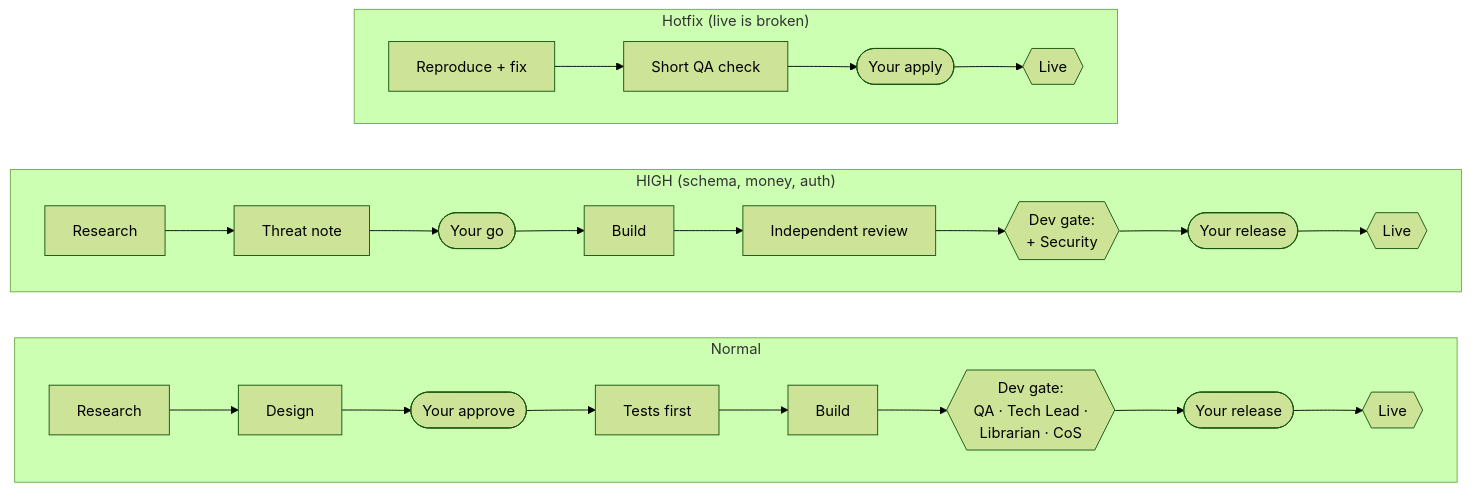
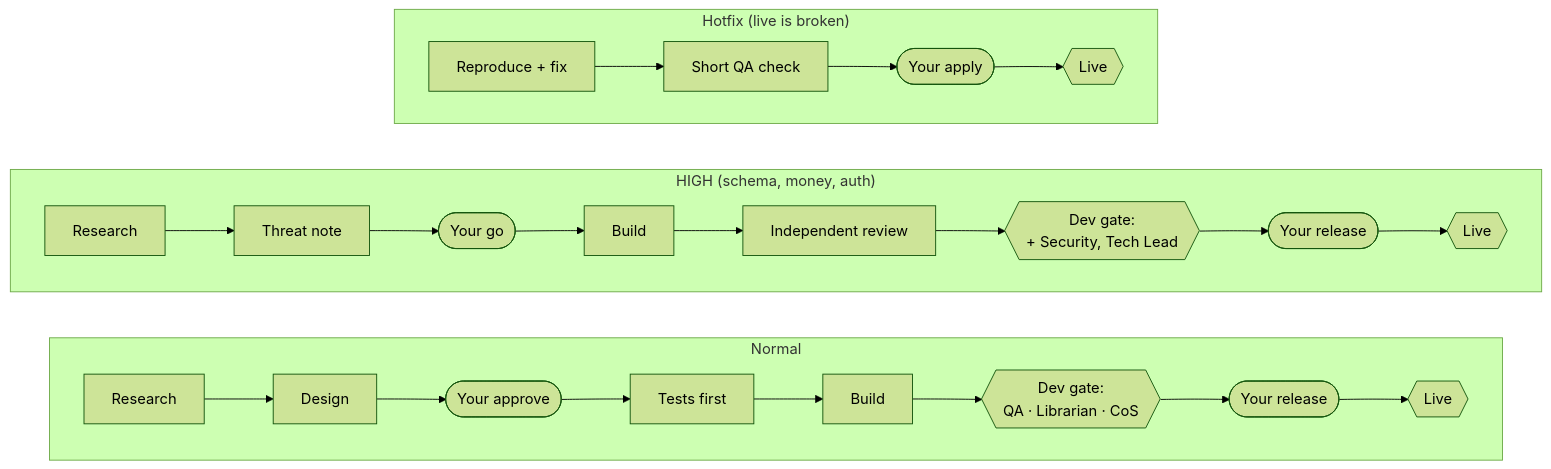
The fifth of 6 diagrams in README.md (AnfalHaider/Bootstrap-environment), drawn with Mermaid (forest theme) before and after one commit. The commit also changed other lines of this file and 38 other files, not shown here.

First line of the commit message:
0.6.0: one contact, optional sessions, your branches, recorded yes for flow and kit changes

````diff
--- a/README.md
+++ b/README.md
@@ -190,15 +197,15 @@
 ```mermaid
 flowchart LR
   subgraph N["Normal"]
     direction LR
-    n1["Research"] --> n2["Design"] --> n3(["Your approve"]) --> n4["Tests first"] --> n5["Build"] --> n6{{"Dev gate:<br/>QA · Tech Lead ·<br/>Librarian · CoS"}} --> n7(["Your release"]) --> n8{{"Live"}}
+    n1["Research"] --> n2["Design"] --> n3(["Your approve"]) --> n4["Tests first"] --> n5["Build"] --> n6{{"Dev gate:<br/>QA · Librarian · CoS"}} --> n7(["Your release"]) --> n8{{"Live"}}
   end
   subgraph H["HIGH (schema, money, auth)"]
     direction LR
-    h1["Research"] --> h2["Threat note"] --> h3(["Your go"]) --> h4["Build"] --> h5["Independent review"] --> h6{{"Dev gate:<br/>+ Security"}} --> h7(["Your release"]) --> h8{{"Live"}}
+    h1["Research"] --> h2["Threat note"] --> h3(["Your go"]) --> h4["Build"] --> h5["Independent review"] --> h6{{"Dev gate:<br/>+ Security, Tech Lead"}} --> h7(["Your release"]) --> h8{{"Live"}}
   end
   subgraph F["Hotfix (live is broken)"]
     direction LR
     f1["Reproduce + fix"] --> f2["Short QA check"] --> f3(["Your apply"]) --> f4{{"Live"}}
   end
 ```
````
